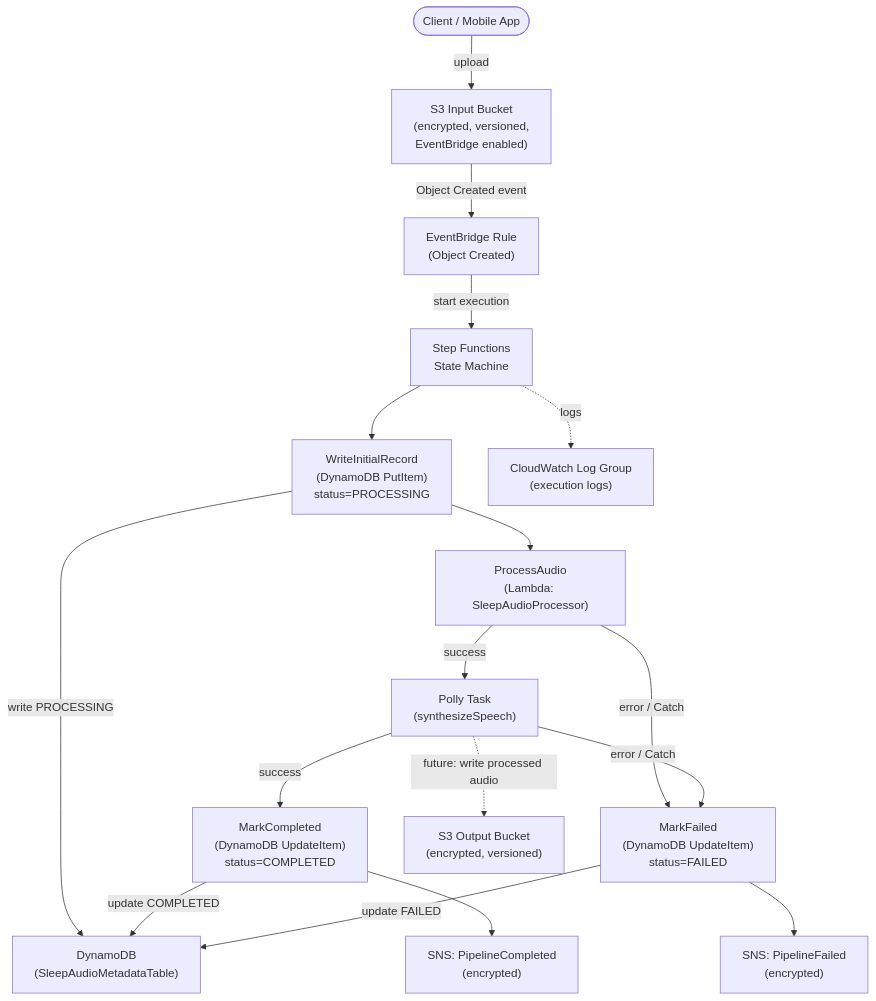
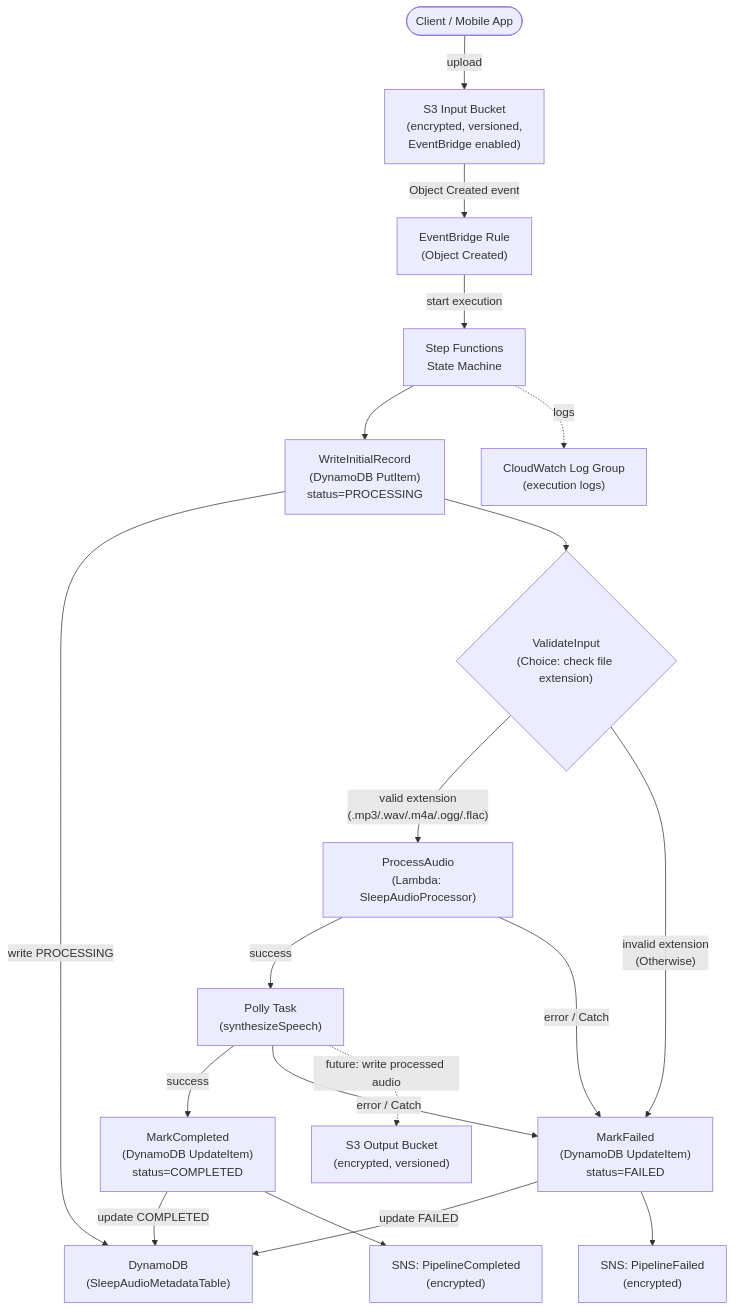
One commit to obstreperous-ai/cdk-sleep-go-kiro changed the second of 2 diagrams in ARCHITECTURE.md. Above: the diagram before and after it, drawn with Mermaid. The commit also changed other lines of this file and 1 other file, not shown here.

Commit message:
docs: update ARCHITECTURE.md with input validation pipeline flow

````diff
--- a/ARCHITECTURE.md
+++ b/ARCHITECTURE.md
@@ -219,35 +264,38 @@
 ```mermaid
 flowchart TD
     Client([Client / Mobile App])
 
     S3In["S3 Input Bucket\n(encrypted, versioned,\nEventBridge enabled)"]
     EB["EventBridge Rule\n(Object Created)"]
     SFN["Step Functions\nState Machine"]
     PutItem["WriteInitialRecord\n(DynamoDB PutItem)\nstatus=PROCESSING"]
+    ValidateInput{"ValidateInput\n(Choice: check file extension)"}
     ProcessAudio["ProcessAudio\n(Lambda: SleepAudioProcessor)"]
     Polly["Polly Task\n(synthesizeSpeech)"]
     MarkCompleted["MarkCompleted\n(DynamoDB UpdateItem)\nstatus=COMPLETED"]
     MarkFailed["MarkFailed\n(DynamoDB UpdateItem)\nstatus=FAILED"]
     SNSOk["SNS: PipelineCompleted\n(encrypted)"]
     SNSErr["SNS: PipelineFailed\n(encrypted)"]
     DDB["DynamoDB\n(SleepAudioMetadataTable)"]
     CWLogs["CloudWatch Log Group\n(execution logs)"]
     S3Out["S3 Output Bucket\n(encrypted, versioned)"]
 
     Client -->|upload| S3In
     S3In -->|Object Created event| EB
     EB -->|start execution| SFN
     SFN --> PutItem
     PutItem -->|write PROCESSING| DDB
-    PutItem --> ProcessAudio
+    PutItem --> ValidateInput
+    ValidateInput -->|"valid extension\n(.mp3/.wav/.m4a/.ogg/.flac)"| ProcessAudio
+    ValidateInput -->|"invalid extension\n(Otherwise)"| MarkFailed
     ProcessAudio -->|success| Polly
     ProcessAudio -->|error / Catch| MarkFailed
     Polly -->|success| MarkCompleted
     Polly -->|error / Catch| MarkFailed
     MarkCompleted -->|update COMPLETED| DDB
     MarkCompleted --> SNSOk
     MarkFailed -->|update FAILED| DDB
     MarkFailed --> SNSErr
     SFN -. logs .-> CWLogs
     Polly -.->|future: write processed audio| S3Out
 ```
````
